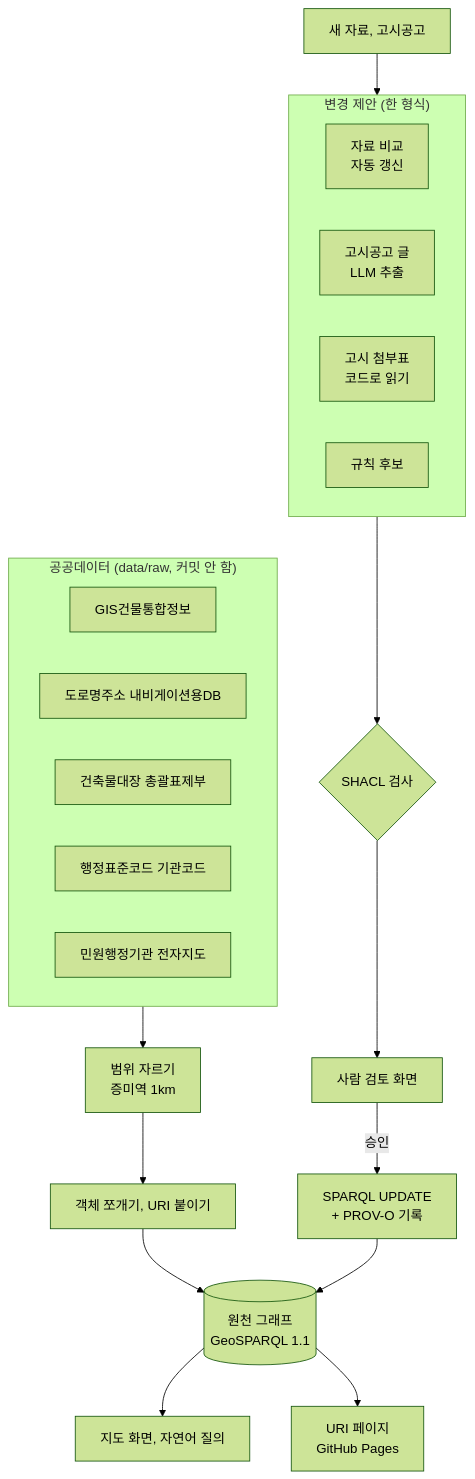
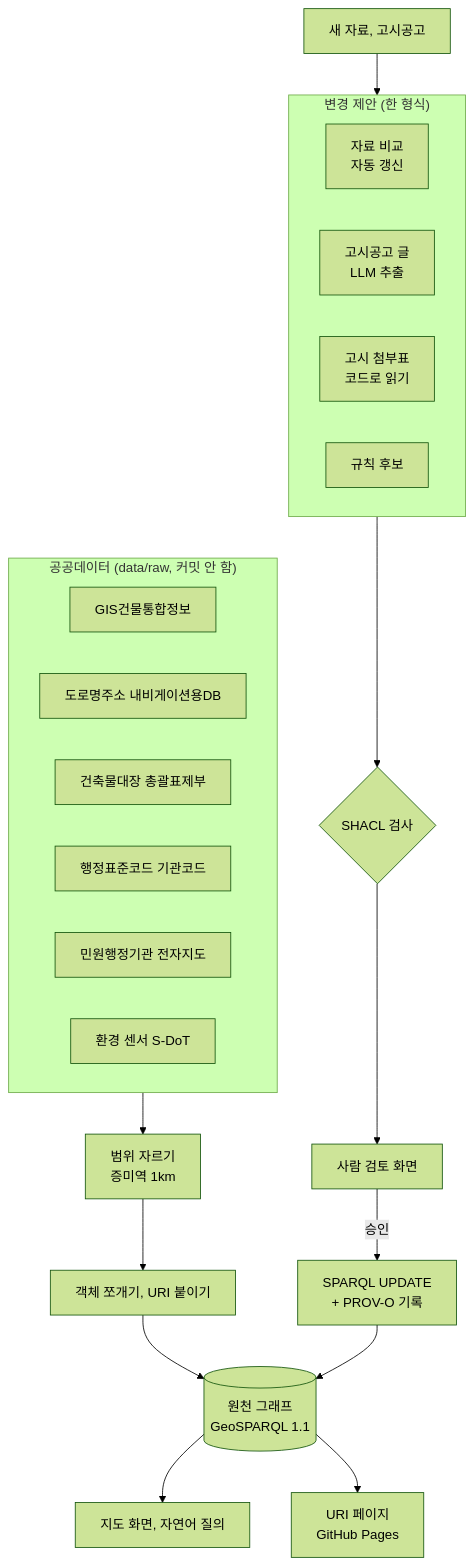
The diagram in README.md (yeodh10/jeungmi-geokg), drawn with Mermaid (forest theme) before and after one commit. The commit also changed other lines of this file and 4 other files, not shown here.

````diff
--- a/README.md
+++ b/README.md
@@ -50,26 +70,27 @@
 ```mermaid
 flowchart TB
   subgraph SRC["공공데이터 (data/raw, 커밋 안 함)"]
     A1[GIS건물통합정보]
     A2[도로명주소 내비게이션용DB]
     A3[건축물대장 총괄표제부]
     A4[행정표준코드 기관코드]
     A5[민원행정기관 전자지도]
+    A6[환경 센서 S-DoT]
   end
   SRC --> B[범위 자르기<br>증미역 1km]
   B --> C[객체 쪼개기, URI 붙이기]
   C --> D[(원천 그래프<br>GeoSPARQL 1.1)]
   subgraph PROP["변경 제안 (한 형식)"]
     P1[자료 비교<br>자동 갱신]
     P2[고시공고 글<br>LLM 추출]
     P3[고시 첨부표<br>코드로 읽기]
     P4[규칙 후보]
   end
   N[새 자료, 고시공고] --> PROP
   PROP --> S{SHACL 검사}
   S --> R[사람 검토 화면]
   R -- 승인 --> U[SPARQL UPDATE<br>+ PROV-O 기록]
   U --> D
   D --> M[지도 화면, 자연어 질의]
   D --> W[URI 페이지<br>GitHub Pages]
 ```
````
